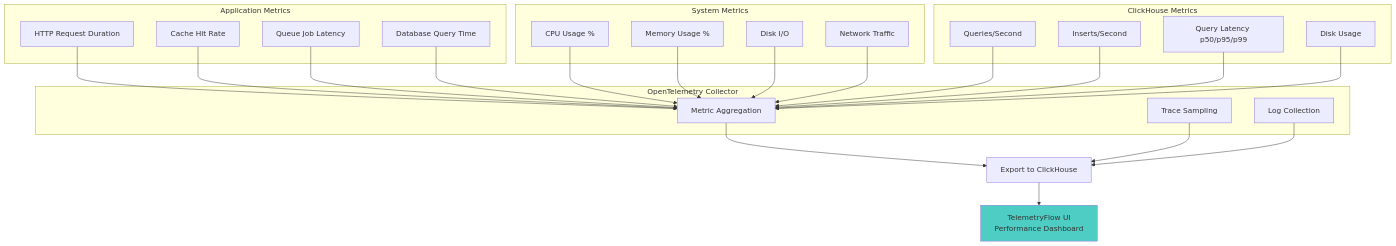
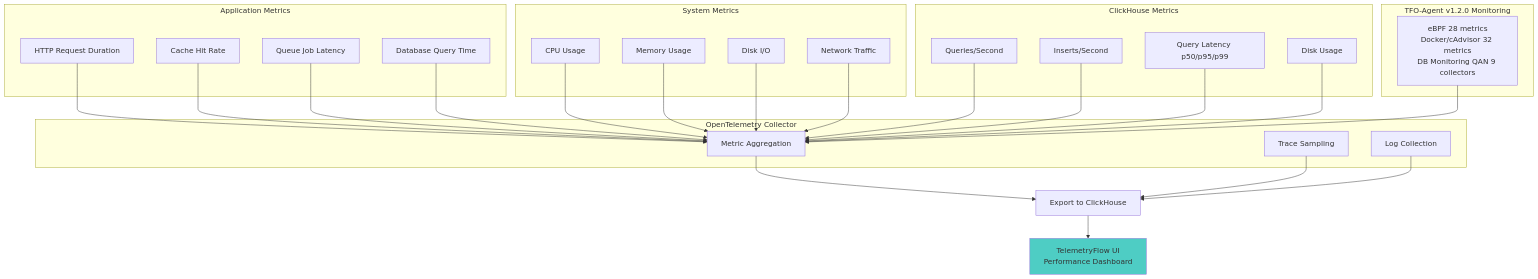
One commit to telemetryflow/telemetryflow-overview changed diagram 47 of 54 in architecture/05-PERFORMANCE.md. Above: the diagram before and after it, drawn with Mermaid. The commit also changed other lines of this file and 68 other files, not shown here.

````diff
--- a/architecture/05-PERFORMANCE.md
+++ b/architecture/05-PERFORMANCE.md
@@ -1728,50 +1745,55 @@
 ```mermaid
 graph TB
     subgraph "Application Metrics"
         A[HTTP Request Duration]
         B[Cache Hit Rate]
         C[Queue Job Latency]
         D[Database Query Time]
     end
 
     subgraph "System Metrics"
-        E[CPU Usage %]
-        F[Memory Usage %]
+        E[CPU Usage]
+        F[Memory Usage]
         G[Disk I/O]
         H[Network Traffic]
     end
 
     subgraph "ClickHouse Metrics"
         I[Queries/Second]
         J[Inserts/Second]
         K[Query Latency p50/p95/p99]
         L[Disk Usage]
     end
 
     subgraph "OpenTelemetry Collector"
         M[Metric Aggregation]
         N[Trace Sampling]
         O[Log Collection]
+    end
+
+    subgraph "TFO-Agent v1.2.0 Monitoring"
+        P2[eBPF 28 metrics<br/>Docker/cAdvisor 32 metrics<br/>DB Monitoring QAN 9 collectors]
     end
 
     A --> M
     B --> M
     C --> M
     D --> M
     E --> M
     F --> M
     G --> M
     H --> M
     I --> M
     J --> M
     K --> M
     L --> M
 
     M --> P[Export to ClickHouse]
     N --> P
     O --> P
+    P2 --> M
 
     P --> Q[TelemetryFlow UI<br/>Performance Dashboard]
 
     style Q fill:#4ecdc4
 ```
````
